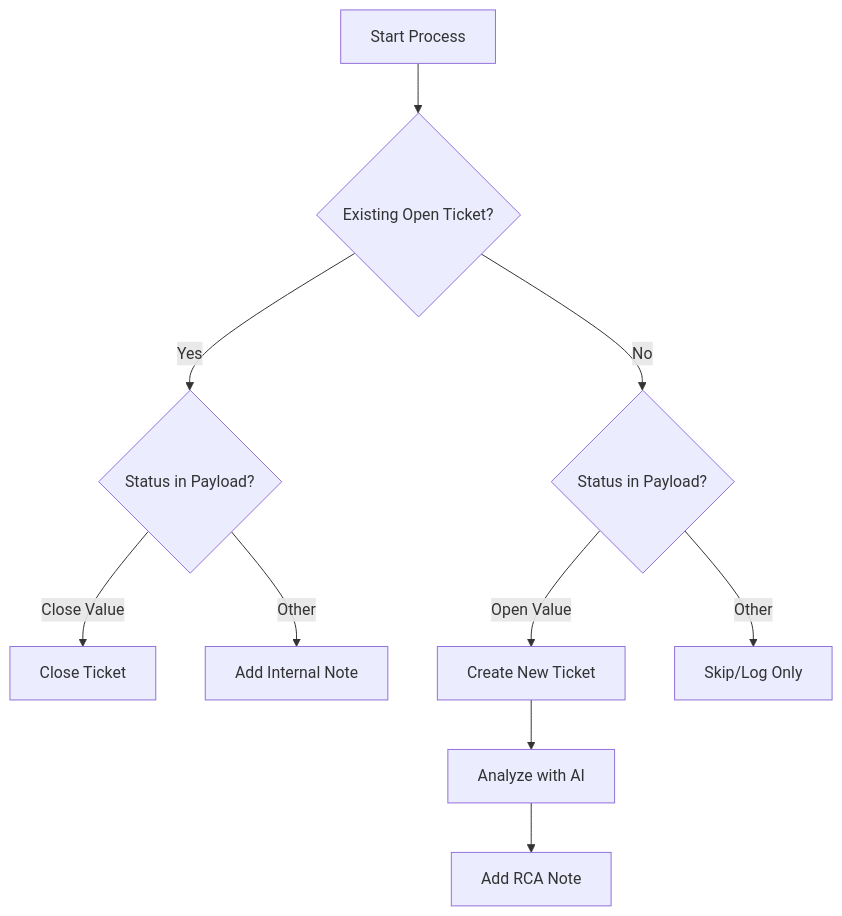
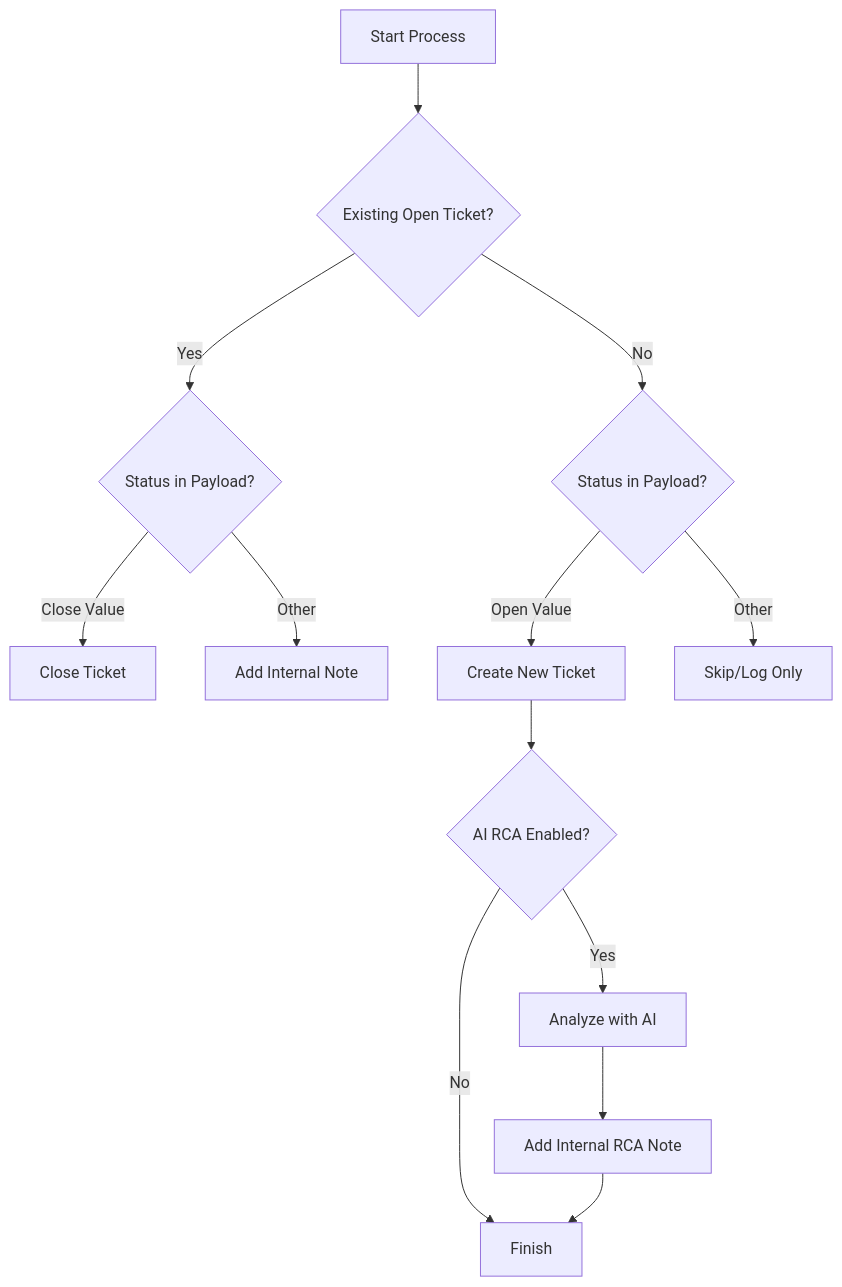
The second of 4 diagrams in README.md (arumes31/hookwise), drawn with Mermaid before and after one commit. The commit also changed other lines of this file, not shown here.

````diff
--- a/README.md
+++ b/README.md
@@ -60,12 +96,15 @@
 ```mermaid
 flowchart TD
     A[Start Process] --> B{Existing Open Ticket?}
     B -- Yes --> C{Status in Payload?}
     C -- "Close Value" --> D[Close Ticket]
     C -- Other --> E[Add Internal Note]
     B -- No --> F{Status in Payload?}
     F -- "Open Value" --> G[Create New Ticket]
     F -- Other --> H[Skip/Log Only]
-    G --> I[Analyze with AI]
-    I --> J[Add RCA Note]
+    G --> I{AI RCA Enabled?}
+    I -- Yes --> J[Analyze with AI]
+    J --> K[Add Internal RCA Note]
+    I -- No --> L[Finish]
+    K --> L
 ```
````
